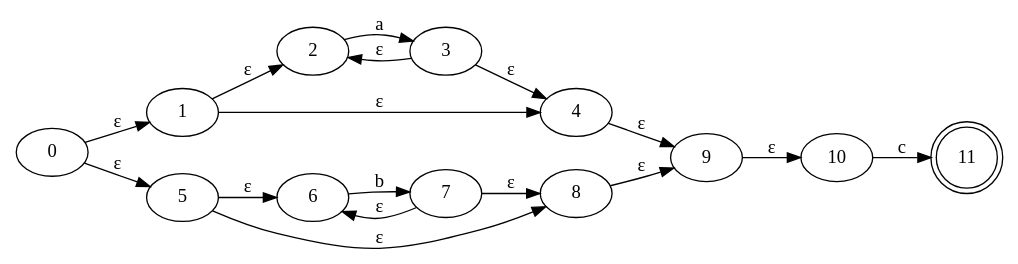
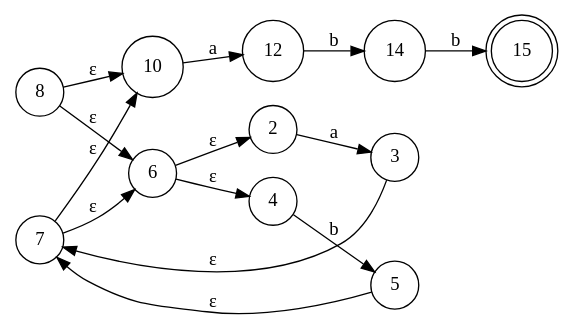
The diagram in Graph/Thompson.gv (MaaarcosG/Automatas), drawn with Graphviz before and after one commit. The commit also changed 23 other files, not shown here.

```diff
--- a/Graph/Thompson.gv
+++ b/Graph/Thompson.gv
@@ -1,31 +1,19 @@
 digraph Automata {
-	rankdir=LR
-	0 [label=0]
-	0 -> 1 [label="ε"]
-	0 -> 5 [label="ε"]
-	1 [label=1]
-	1 -> 2 [label="ε"]
-	1 -> 4 [label="ε"]
-	2 [label=2]
+	rankdir=LR size="8,5"
+	node [shape=doublecircle]
+	15
+	node [shape=circle]
 	2 -> 3 [label=a]
-	3 [label=3]
-	3 -> 2 [label="ε"]
-	3 -> 4 [label="ε"]
-	4 [label=4]
-	4 -> 9 [label="ε"]
-	5 [label=5]
-	5 -> 6 [label="ε"]
-	5 -> 8 [label="ε"]
-	6 [label=6]
-	6 -> 7 [label=b]
-	7 [label=7]
+	3 -> 7 [label="ε"]
+	4 -> 5 [label=b]
+	5 -> 7 [label="ε"]
+	6 -> 2 [label="ε"]
+	6 -> 4 [label="ε"]
 	7 -> 6 [label="ε"]
-	7 -> 8 [label="ε"]
-	8 [label=8]
-	8 -> 9 [label="ε"]
-	9 [label=9]
-	9 -> 10 [label="ε"]
-	10 [label=10]
-	10 -> 11 [label=c]
-	11 [label=11 shape=doublecircle]
+	7 -> 10 [label="ε"]
+	8 -> 6 [label="ε"]
+	8 -> 10 [label="ε"]
+	10 -> 12 [label=a]
+	12 -> 14 [label=b]
+	14 -> 15 [label=b]
 }
```
